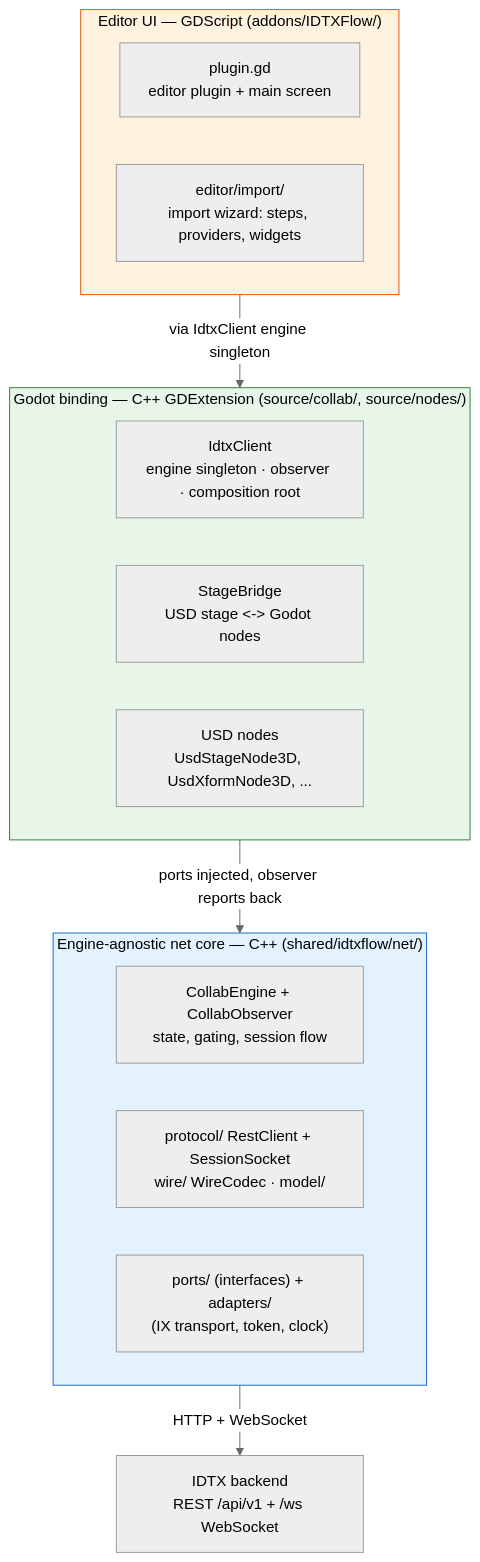
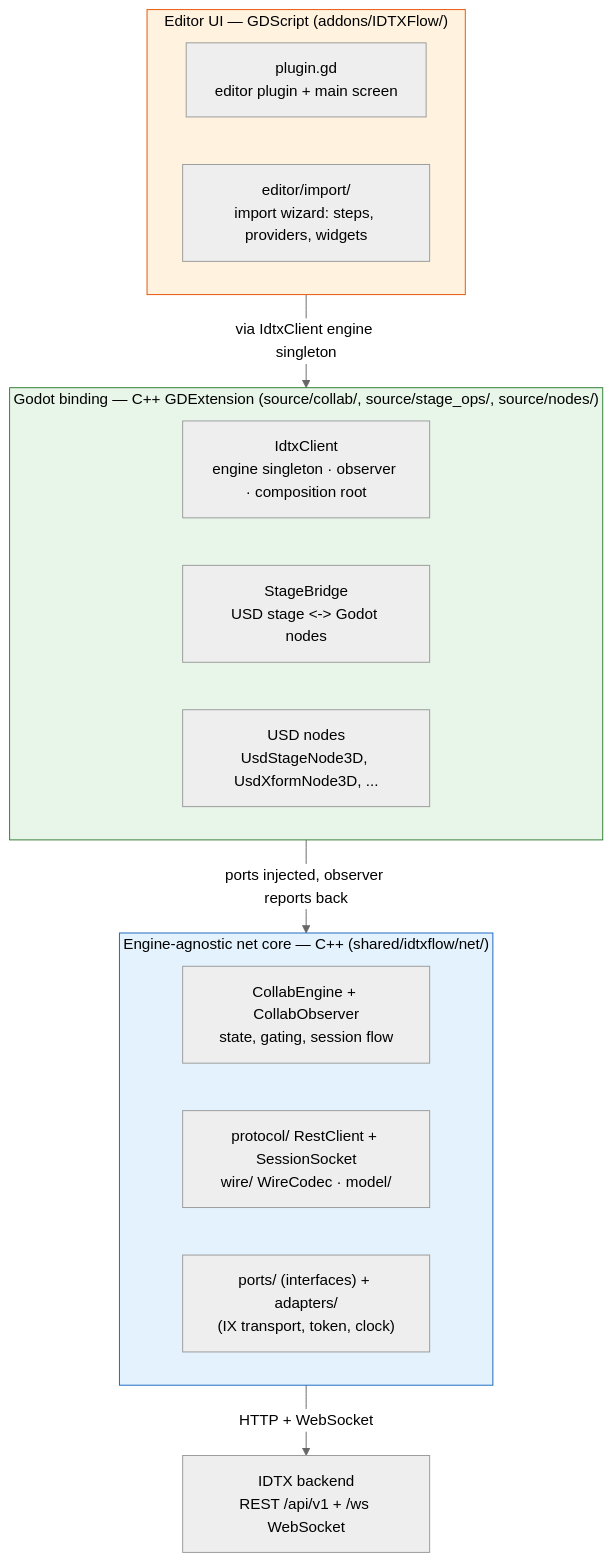
Before and after one commit to Immersive-Data-Center-Management/idtx-flow: the first of 3 diagrams in docs/collab-client/overview.md, drawn with Mermaid (neutral theme). The commit also changed other lines of this file and 8 other files, not shown here.

````diff
--- a/docs/collab-client/overview.md
+++ b/docs/collab-client/overview.md
@@ -32,29 +35,29 @@
 ```mermaid
 graph TB
     subgraph UI["Editor UI — GDScript (addons/IDTXFlow/)"]
         PLUGIN["plugin.gd<br/>editor plugin + main screen"]
         WIZ["editor/import/<br/>import wizard: steps, providers, widgets"]
     end
 
-    subgraph BIND["Godot binding — C++ GDExtension (source/collab/, source/nodes/)"]
+    subgraph BIND["Godot binding — C++ GDExtension (source/collab/, source/stage_ops/, source/nodes/)"]
         CLIENT["IdtxClient<br/>engine singleton · observer · composition root"]
         BRIDGE["StageBridge<br/>USD stage &lt;-&gt; Godot nodes"]
         NODES["USD nodes<br/>UsdStageNode3D, UsdXformNode3D, ..."]
     end
 
     subgraph CORE["Engine-agnostic net core — C++ (shared/idtxflow/net/)"]
         ENGINE["CollabEngine + CollabObserver<br/>state, gating, session flow"]
         PROTO["protocol/ RestClient + SessionSocket<br/>wire/ WireCodec · model/"]
         PORTS["ports/ (interfaces) + adapters/<br/>(IX transport, token, clock)"]
     end
 
     BACKEND["IDTX backend<br/>REST /api/v1 + /ws WebSocket"]
 
     UI -->|via IdtxClient engine singleton| BIND
     BIND -->|ports injected, observer reports back| CORE
     CORE -->|HTTP + WebSocket| BACKEND
 
     style CORE fill:#e3f2fd,stroke:#1565c0,color:#000
     style BIND fill:#e8f5e9,stroke:#2e7d32,color:#000
     style UI fill:#fff3e0,stroke:#e65100,color:#000
 ```
````
